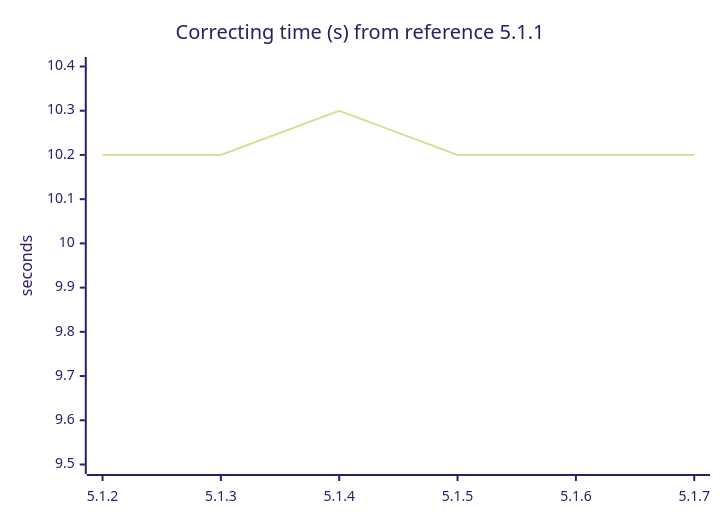
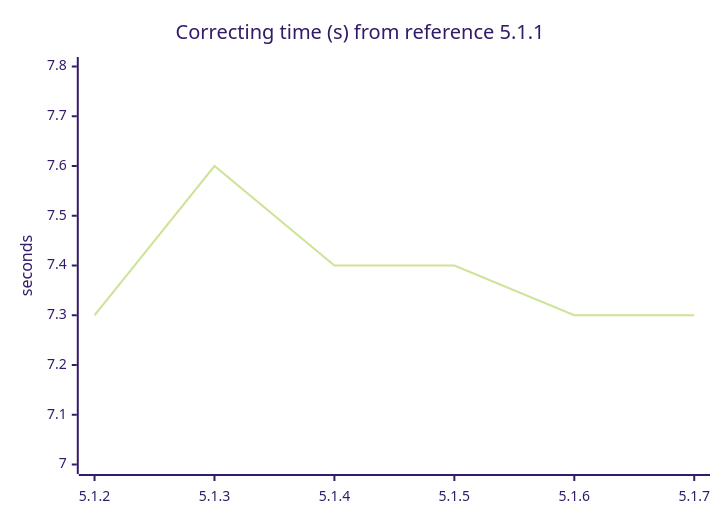
Before and after one commit to darrelllong/Delta-Compression: the tenth of 10 diagrams in ANALYSIS.md, drawn with Mermaid (forest theme). The commit also changed other lines of this file and 4 other files, not shown here.

````diff
--- a/ANALYSIS.md
+++ b/ANALYSIS.md
@@ -683,8 +680,8 @@
 ```mermaid
 %%{init: {"xyChart": {"plotColorPalette": "#e65100"}}}%%
 xychart-beta
     title "Correcting time (s) from reference 5.1.1"
     x-axis ["5.1.2", "5.1.3", "5.1.4", "5.1.5", "5.1.6", "5.1.7"]
-    y-axis "seconds" 9.5 --> 10.4
-    line [10.2, 10.2, 10.3, 10.2, 10.2, 10.2]
+    y-axis "seconds" 7.0 --> 7.8
+    line [7.3, 7.6, 7.4, 7.4, 7.3, 7.3]
 ```
````
